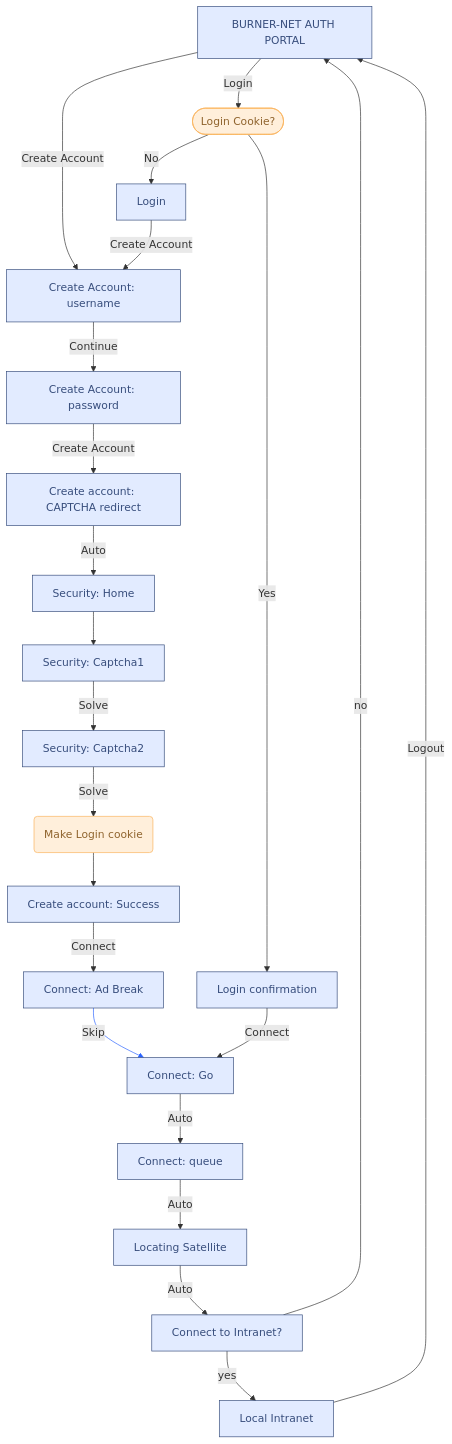
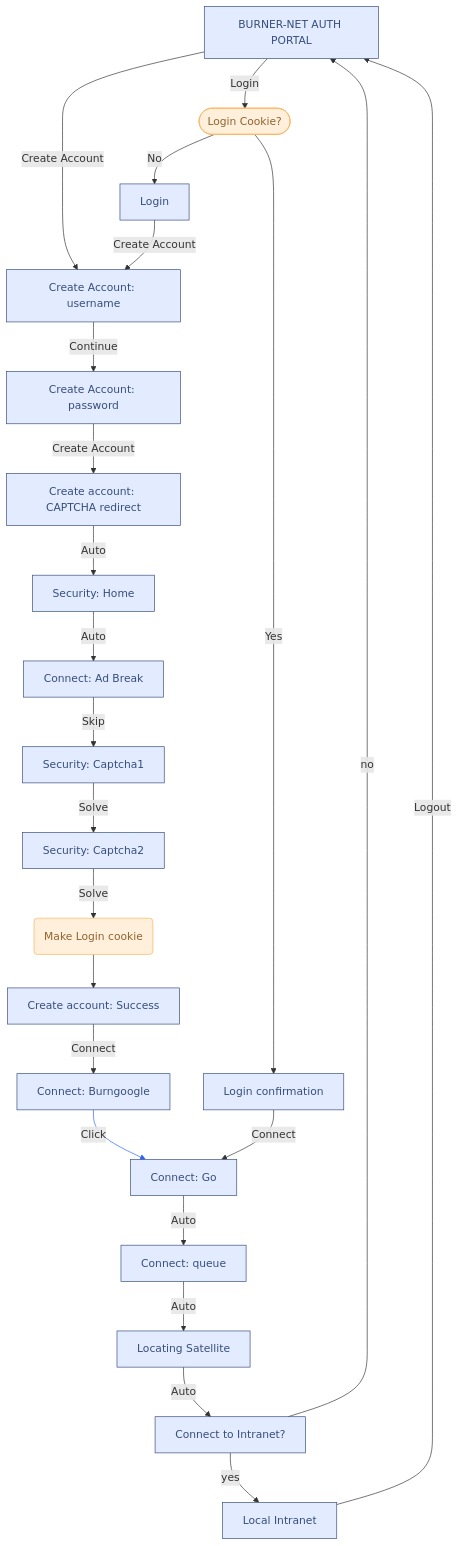
Before and after one commit to hollow-ping/fake-wifi-repo: the diagram in sitemap.md, drawn with Mermaid. The commit also changed 7 other files, not shown here.

````diff
--- a/sitemap.md
+++ b/sitemap.md
@@ -1,78 +1,82 @@
 ```mermaid
 ---
 config:
   layout: dagre
 ---
 flowchart TB
     n1["BURNER-NET AUTH PORTAL"] -- Create Account --> n2["Create Account: username"]
     n1 -- Login --> n3(["Login Cookie?"])
     n3 -- No --> n4["Login"]
     n3 -- Yes --> n5["Login confirmation"]
     n2 -- Continue --> n6["Create Account: password"]
     n4 -- Create Account --> n2
     n6 -- Create Account --> n7["Create account: CAPTCHA redirect"]
     n8["Security: Captcha1"] -- Solve --> n9["Security: Captcha2"]
-    n10["Create account: Success"] -- Connect --> n11["Connect: Ad Break"]
-    n11 -- Skip --> n17["Connect: Go"]
+    n10["Create account: Success"] -- Connect --> n30["Connect: Burngoogle"]
+    n30 -- Click --> n17["Connect: Go"]
     n5 -- Connect --> n17
     n23["Connect to Intranet?"] -- yes --> n24["Local Intranet"]
     n23 -- no --> n1
     n9 -- Solve --> n25["Make Login cookie"]
     n25 --> n10
     n7 -- Auto --> n26["Security: Home"]
-    n26 --> n8
+    n26 -- Auto --> n11["Connect: Ad Break"]
+    n11 -- Skip --> n8
     n17 -- Auto --> n27["Connect: queue"]
     n27 -- Auto --> n18["Locating Satellite"]
     n18 -- Auto --> n23
     n24 -- Logout --> n1
 
     n1@{ shape: rect}
     n2@{ shape: rect}
     n4@{ shape: rect}
     n5@{ shape: rect}
     n6@{ shape: rect}
     n7@{ shape: rect}
     n8@{ shape: rect}
     n9@{ shape: rect}
     n10@{ shape: rect}
     n11@{ shape: rect}
+    n30@{ shape: rect}
     n25@{ shape: rounded}
      n1:::Sky
      n2:::Sky
      n3:::Peach
      n4:::Sky
      n5:::Sky
      n6:::Sky
      n7:::Sky
      n8:::Sky
      n9:::Sky
      n10:::Sky
      n11:::Sky
+     n30:::Sky
      n17:::Sky
      n23:::Sky
      n24:::Sky
      n25:::Peach
      n26:::Sky
      n27:::Sky
      n18:::Sky
     classDef Rose stroke-width:1px, stroke-dasharray:none, stroke:#FF5978, fill:#FFDFE5, color:#8E2236
     classDef Peach stroke-width:1px, stroke-dasharray:none, stroke:#FBB35A, fill:#FFEFDB, color:#8F632D
     classDef Sky stroke-width:1px, stroke-dasharray:none, stroke:#374D7C, fill:#E2EBFF, color:#374D7C
     click n1 "/index.html"
     click n2 "/create-account/start.html"
     click n4 "/login.html"
     click n5 "/login-success.html"
     click n6 "/create-account/set-password.html"
     click n7 "/create-account/error.html"
     click n8 "/verify/captcha_xr5u.html"
     click n9 "/verify/captcha_y2qu.html"
     click n10 "/create-account/success.html"
     click n11 "/connect/ad-break.html"
+    click n30 "/connect/fake-google.html"
     click n17 "/connect/go.html"
     click n23 "/connect/error666.html"
     click n24 "/intranet/home.html"
     click n26 "/verify/home.html"
     click n27 "/connect/queue.html"
     click n18 "/connect/geolocate.html"
     linkStyle 9 stroke:#2962FF,fill:none
 ```
````
